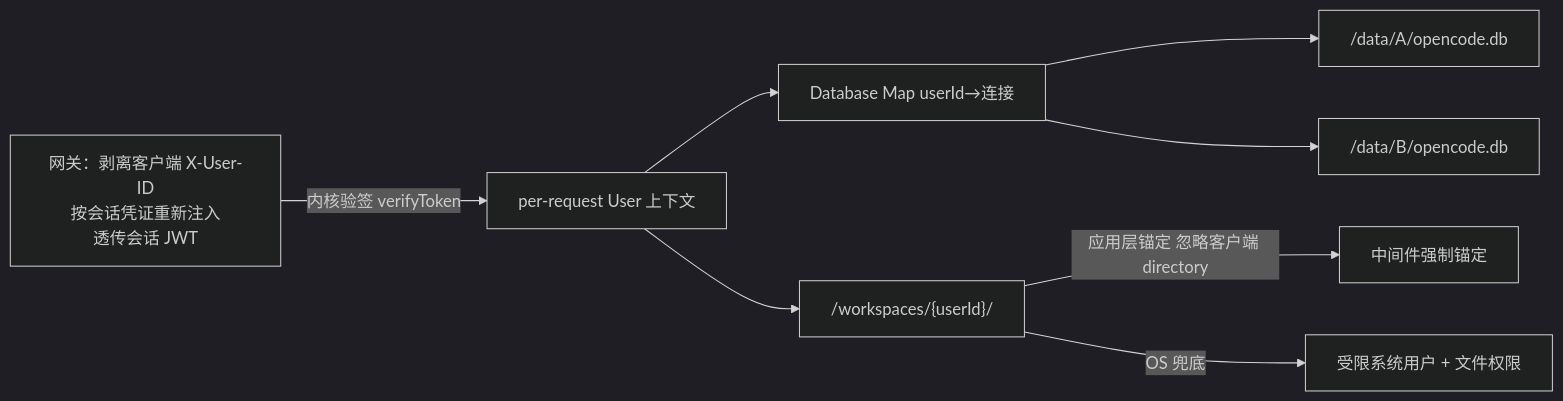
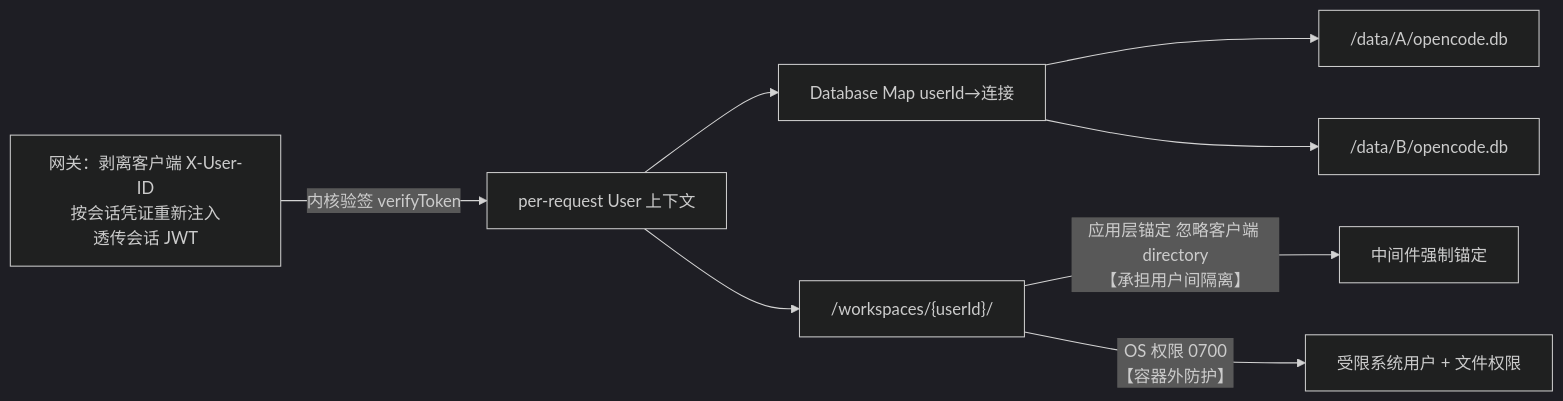
Before and after one commit to huangandy007/openhive: the diagram in docs/superpowers/specs/003-multi-tenant-isolation/plan.md, drawn with Mermaid (dark theme). The commit also changed other lines of this file and 5 other files, not shown here.

````diff
--- a/docs/superpowers/specs/003-multi-tenant-isolation/plan.md
+++ b/docs/superpowers/specs/003-multi-tenant-isolation/plan.md
@@ -66,10 +66,10 @@
 ```mermaid
 flowchart LR
     GW["网关：剥离客户端 X-User-ID<br/>按会话凭证重新注入<br/>透传会话 JWT"] -->|"内核验签 verifyToken"| UC[per-request User 上下文]
     UC --> DB[Database Map userId→连接]
     DB --> DBA["/data/A/opencode.db"]
     DB --> DBB["/data/B/opencode.db"]
     UC --> WS["/workspaces/{userId}/"]
-    WS -->|应用层锚定 忽略客户端 directory| ANCHOR[中间件强制锚定]
-    WS -->|OS 兜底| OS[受限系统用户 + 文件权限]
+    WS -->|应用层锚定 忽略客户端 directory<br/>【承担用户间隔离】| ANCHOR[中间件强制锚定]
+    WS -->|OS 权限 0700<br/>【容器外防护】| OS[受限系统用户 + 文件权限]
 ```
````
